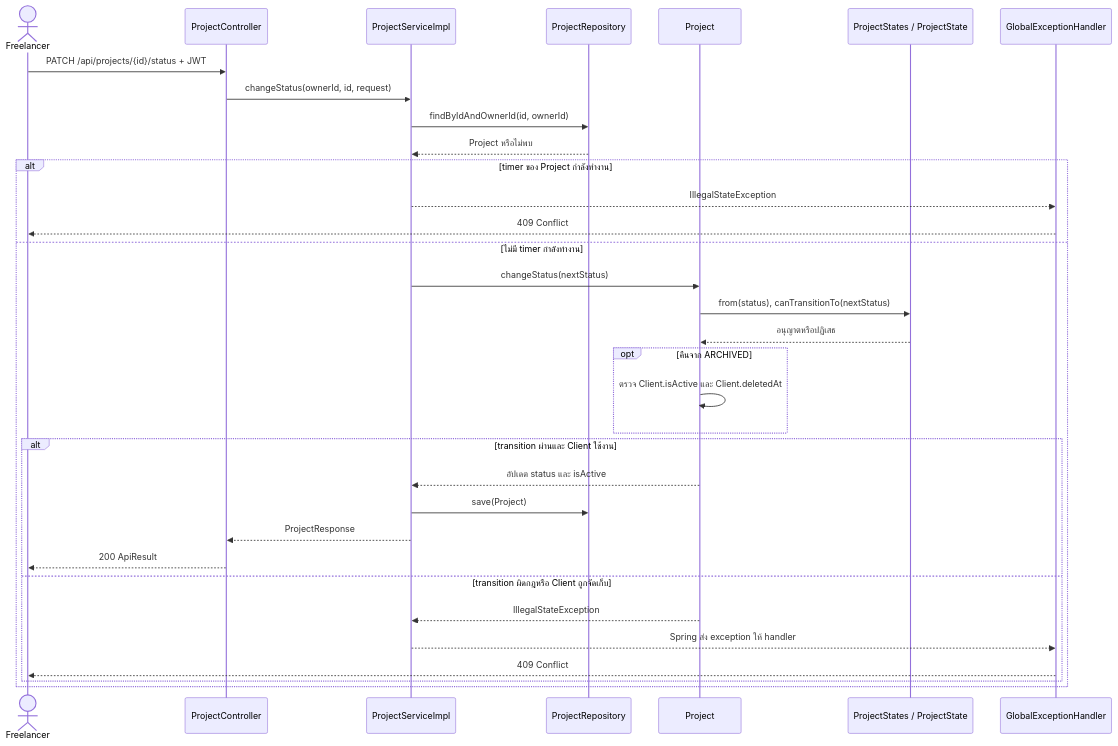
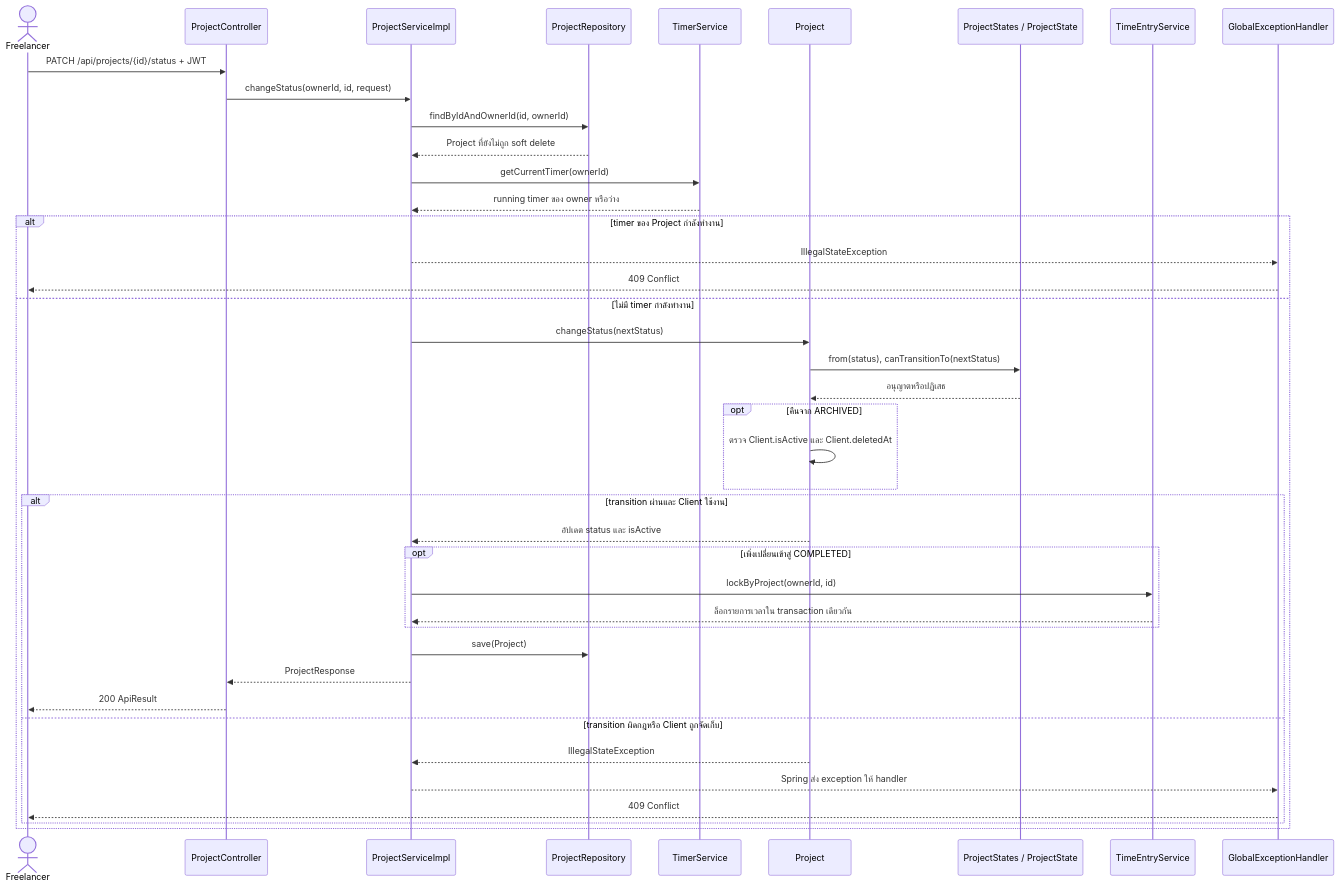
One commit to lillianxhub/freelance-hub changed the diagram in doc/V1/USECASE/kantavit-usecase.md. Above: the diagram before and after it, drawn with Mermaid. The commit also changed other lines of this file and 7 other files, not shown here.

````diff
--- a/doc/V1/USECASE/kantavit-usecase.md
+++ b/doc/V1/USECASE/kantavit-usecase.md
@@ -125,35 +131,43 @@
 ```mermaid
 sequenceDiagram
     actor F as Freelancer
     participant C as ProjectController
     participant S as ProjectServiceImpl
     participant R as ProjectRepository
+    participant T as TimerService
     participant P as Project
     participant ST as ProjectStates / ProjectState
+    participant TE as TimeEntryService
     participant H as GlobalExceptionHandler
     F->>C: PATCH /api/projects/{id}/status + JWT
     C->>S: changeStatus(ownerId, id, request)
     S->>R: findByIdAndOwnerId(id, ownerId)
-    R-->>S: Project หรือไม่พบ
+    R-->>S: Project ที่ยังไม่ถูก soft delete
+    S->>T: getCurrentTimer(ownerId)
+    T-->>S: running timer ของ owner หรือว่าง
     alt timer ของ Project กำลังทำงาน
         S-->>H: IllegalStateException
         H-->>F: 409 Conflict
     else ไม่มี timer กำลังทำงาน
         S->>P: changeStatus(nextStatus)
         P->>ST: from(status), canTransitionTo(nextStatus)
         ST-->>P: อนุญาตหรือปฏิเสธ
         opt คืนจาก ARCHIVED
             P->>P: ตรวจ Client.isActive และ Client.deletedAt
         end
         alt transition ผ่านและ Client ใช้งาน
             P-->>S: อัปเดต status และ isActive
+            opt เพิ่งเปลี่ยนเข้าสู่ COMPLETED
+                S->>TE: lockByProject(ownerId, id)
+                TE-->>S: ล็อกรายการเวลาใน transaction เดียวกัน
+            end
             S->>R: save(Project)
             S-->>C: ProjectResponse
             C-->>F: 200 ApiResult
         else transition ผิดกฎหรือ Client ถูกจัดเก็บ
             P-->>S: IllegalStateException
             S-->>H: Spring ส่ง exception ให้ handler
             H-->>F: 409 Conflict
         end
     end
 ```
````
